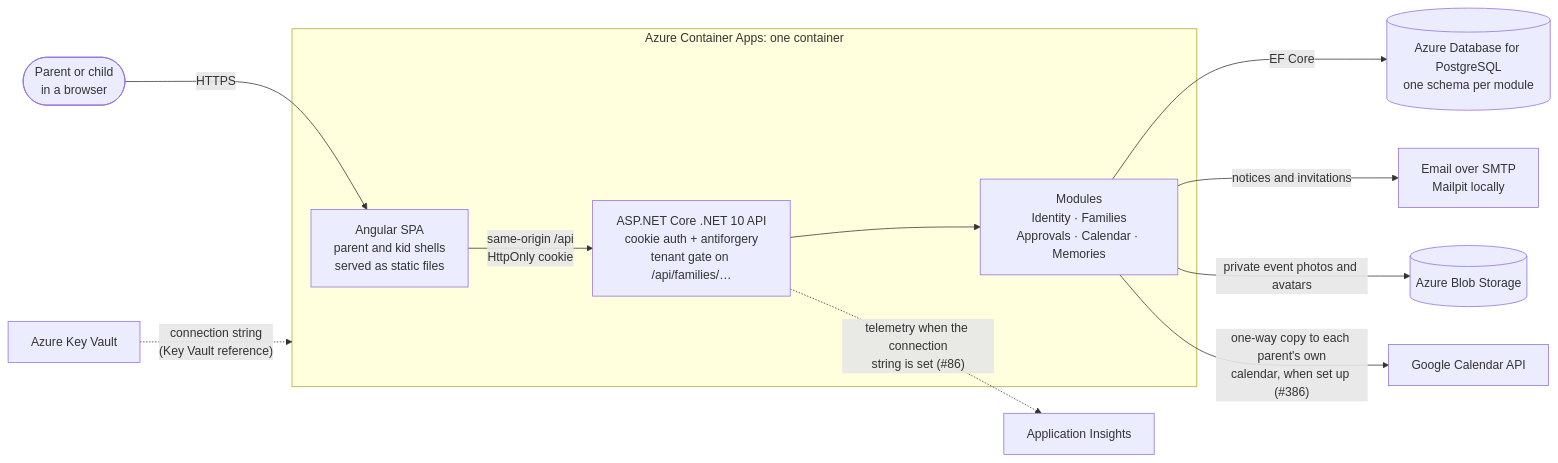
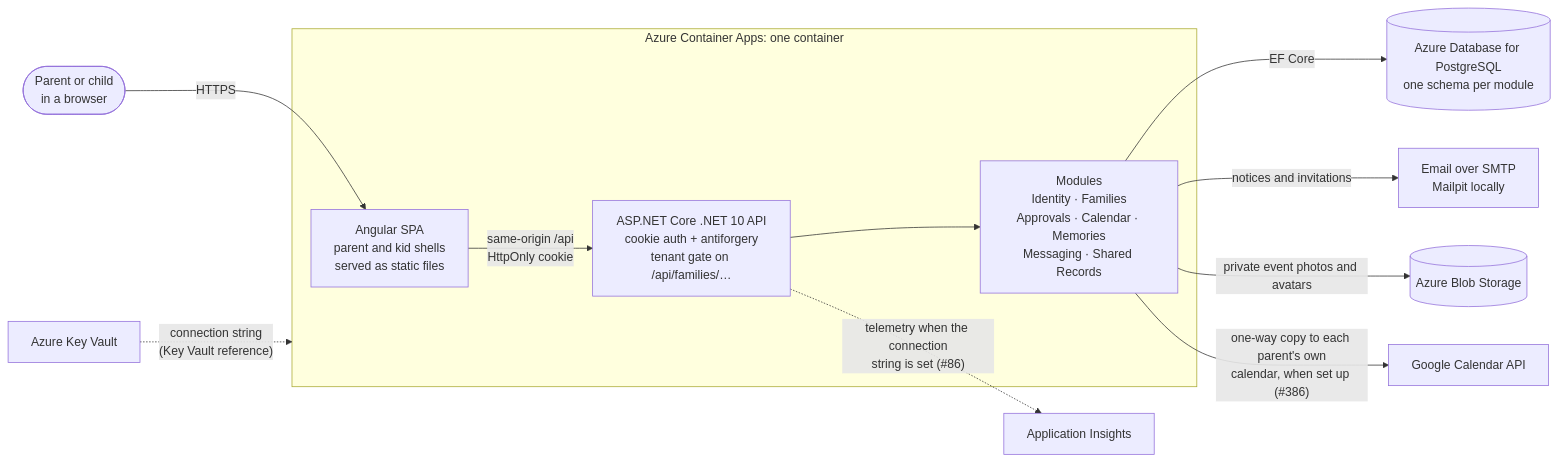
The first of 2 diagrams in docs/architecture.md (esaldivar/parenthesis), drawn with Mermaid before and after one commit. The commit also changed 14 other files, not shown here.

Commit message:
feat(shared-records): persist parent-only fund proposals

````diff
--- a/docs/architecture.md
+++ b/docs/architecture.md
@@ -12,27 +12,27 @@
 ```mermaid
 flowchart LR
   User([Parent or child<br/>in a browser])
 
   subgraph ACA["Azure Container Apps: one container"]
     SPA[Angular SPA<br/>parent and kid shells<br/>served as static files]
     API[ASP.NET Core .NET 10 API<br/>cookie auth + antiforgery<br/>tenant gate on /api/families/…]
-    MOD[Modules<br/>Identity · Families<br/>Approvals · Calendar · Memories]
+    MOD[Modules<br/>Identity · Families<br/>Approvals · Calendar · Memories<br/>Messaging · Shared Records]
   end
 
   PG[(Azure Database for PostgreSQL<br/>one schema per module)]
   KV[Azure Key Vault]
   MAIL[Email over SMTP<br/>Mailpit locally]
   AI[Application Insights]
   BLOB[(Azure Blob Storage)]
   GCAL[Google Calendar API]
 
   User -- HTTPS --> SPA
   SPA -- "same-origin /api<br/>HttpOnly cookie" --> API
   API --> MOD
   MOD -- EF Core --> PG
   MOD -- notices and invitations --> MAIL
   KV -. "connection string<br/>(Key Vault reference)" .-> ACA
   API -. "telemetry when the connection<br/>string is set (#86)" .-> AI
   MOD -- "private event photos and avatars" --> BLOB
   MOD -- "one-way copy to each parent's own<br/>calendar, when set up (#386)" --> GCAL
 ```
````
